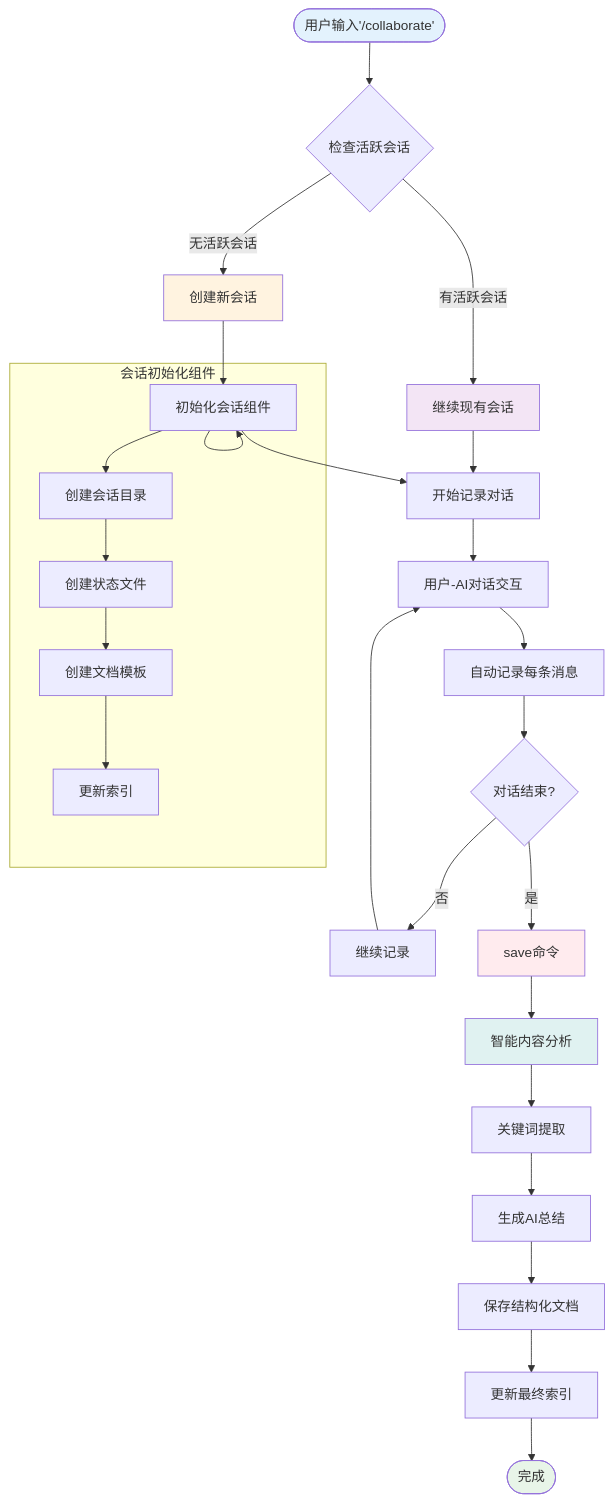
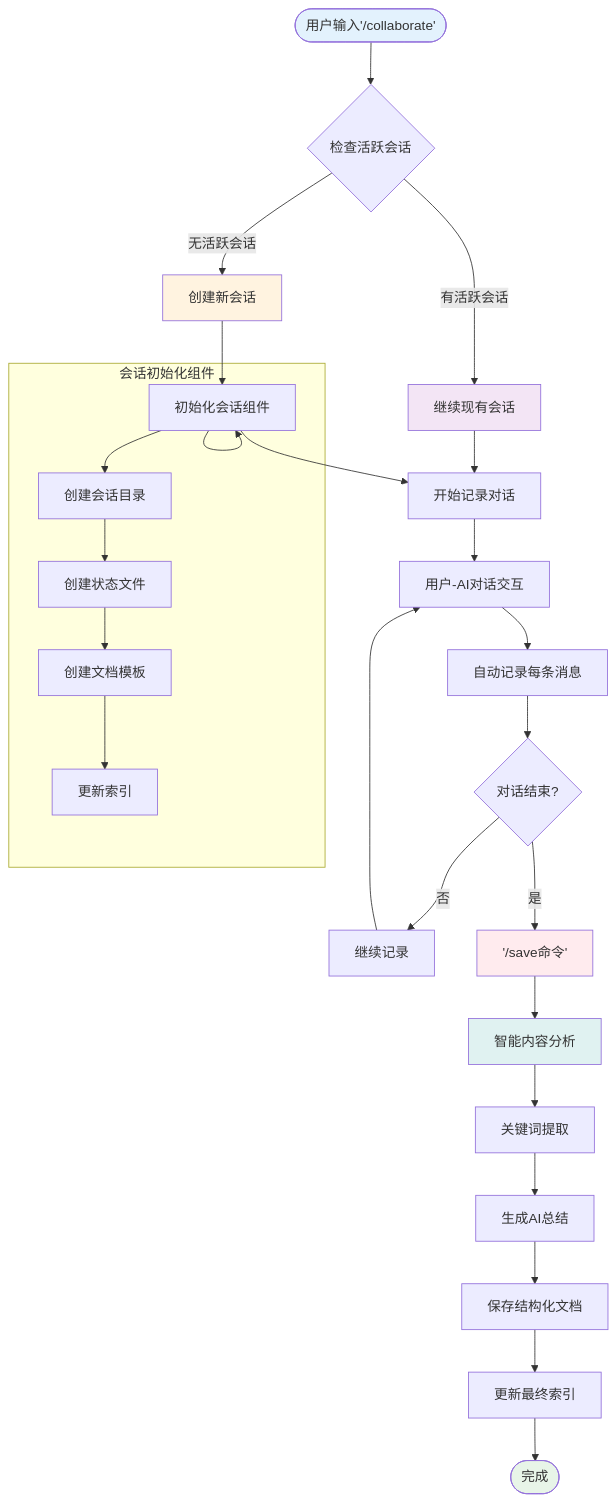
One commit to caiqing/claude-migration-toolkit changed the second of 8 diagrams in docs/collaboration/20251006--collaborate-save-.md. Above: the diagram before and after it, drawn with Mermaid.

````diff
--- a/docs/collaboration/20251006--collaborate-save-.md
+++ b/docs/collaboration/20251006--collaborate-save-.md
@@ -62,43 +62,43 @@
 ```mermaid
 flowchart TD
     Start([用户输入'/collaborate']) --> Check{检查活跃会话}
 
     Check -->|无活跃会话| CreateNew[创建新会话]
     Check -->|有活跃会话| Continue[继续现有会话]
 
     CreateNew --> InitSession[初始化会话组件]
     Continue --> StartRecord[开始记录对话]
 
     InitSession --> InitSession
     subgraph "会话初始化组件"
         InitSession --> CreateDir[创建会话目录]
         CreateDir --> CreateState[创建状态文件]
         CreateState --> CreateDoc[创建文档模板]
         CreateDoc --> UpdateIndex[更新索引]
     end
 
     InitSession --> StartRecord
     StartRecord --> Conversation[用户-AI对话交互]
 
     Conversation --> AutoRecord[自动记录每条消息]
     AutoRecord --> CheckEnd{对话结束?}
 
     CheckEnd -->|否| ContinueRecord[继续记录]
     ContinueRecord --> Conversation
 
-    CheckEnd -->|是| UserSave[save命令]
+    CheckEnd -->|是| UserSave['/save命令']
 
     UserSave --> AnalyzeContent[智能内容分析]
     AnalyzeContent --> ExtractKeywords[关键词提取]
     ExtractKeywords --> GenerateSummary[生成AI总结]
     GenerateSummary --> SaveDocument[保存结构化文档]
     SaveDocument --> UpdateIndexFinal[更新最终索引]
     UpdateIndexFinal --> End([完成])
 
     style Start fill:#e3f2fd
     style End fill:#e8f5e8
     style CreateNew fill:#fff3e0
     style Continue fill:#f3e5f5
     style UserSave fill:#ffebee
     style AnalyzeContent fill:#e0f2f1
 ```
````
